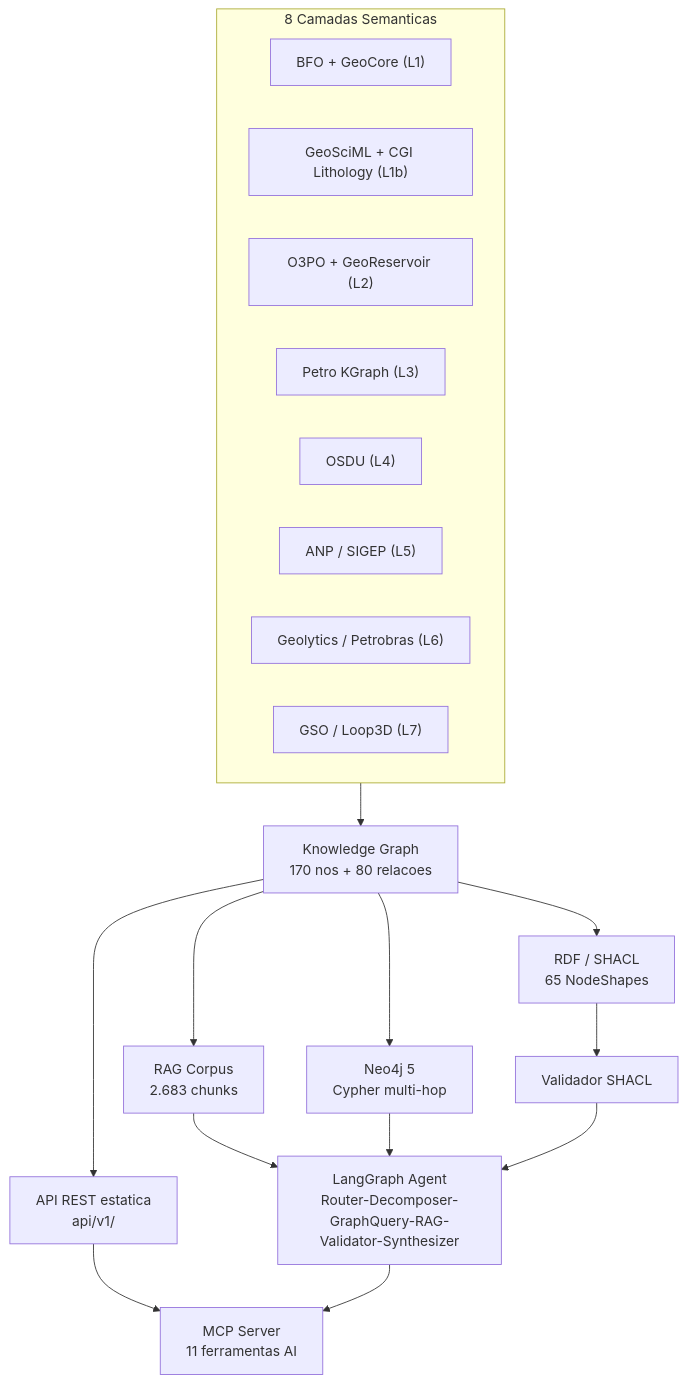
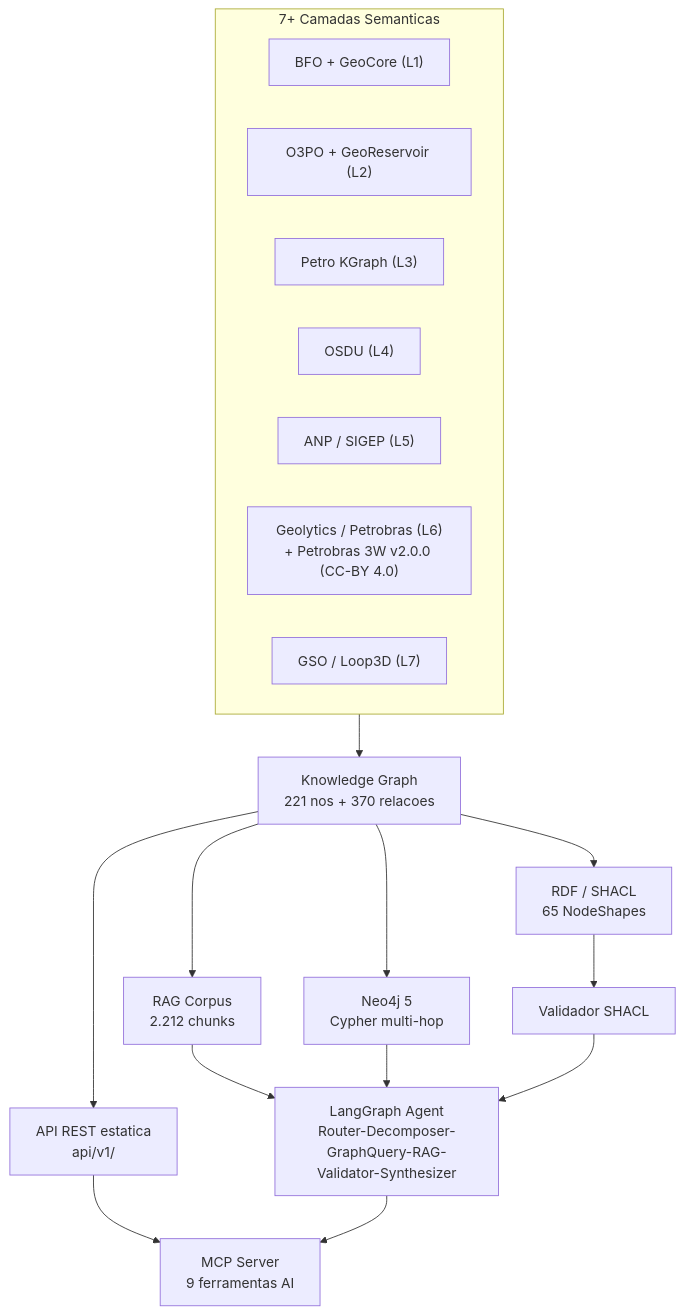
One commit to thiagoflc/geolytics-dictionary changed the diagram in README.md. Above: the diagram before and after it, drawn with Mermaid. The commit also changed other lines of this file and 98 other files, not shown here.

````diff
--- a/README.md
+++ b/README.md
@@ -25,27 +15,26 @@
 ```mermaid
 graph TD
-    subgraph Fontes["8 Camadas Semanticas"]
+    subgraph Fontes["7+ Camadas Semanticas"]
         L1["BFO + GeoCore (L1)"]
-        L1B["GeoSciML + CGI Lithology (L1b)"]
         L2["O3PO + GeoReservoir (L2)"]
         L3["Petro KGraph (L3)"]
         L4["OSDU (L4)"]
         L5["ANP / SIGEP (L5)"]
-        L6["Geolytics / Petrobras (L6)"]
+        L6["Geolytics / Petrobras (L6)<br/>+ Petrobras 3W v2.0.0 (CC-BY 4.0)"]
         L7["GSO / Loop3D (L7)"]
     end
 
-    Fontes --> KG["Knowledge Graph<br/>170 nos + 80 relacoes"]
+    Fontes --> KG["Knowledge Graph<br/>221 nos + 370 relacoes"]
 
     KG --> API["API REST estatica<br/>api/v1/"]
-    KG --> RAG["RAG Corpus<br/>2.683 chunks"]
+    KG --> RAG["RAG Corpus<br/>2.212 chunks"]
     KG --> NEO["Neo4j 5<br/>Cypher multi-hop"]
     KG --> TTL["RDF / SHACL<br/>65 NodeShapes"]
 
-    API --> MCP["MCP Server<br/>11 ferramentas AI"]
+    API --> MCP["MCP Server<br/>9 ferramentas AI"]
     RAG --> AGENT["LangGraph Agent<br/>Router-Decomposer-GraphQuery-RAG-Validator-Synthesizer"]
     NEO --> AGENT
     TTL --> SHACL["Validador SHACL"]
     SHACL --> AGENT
     AGENT --> MCP
 ```
````
